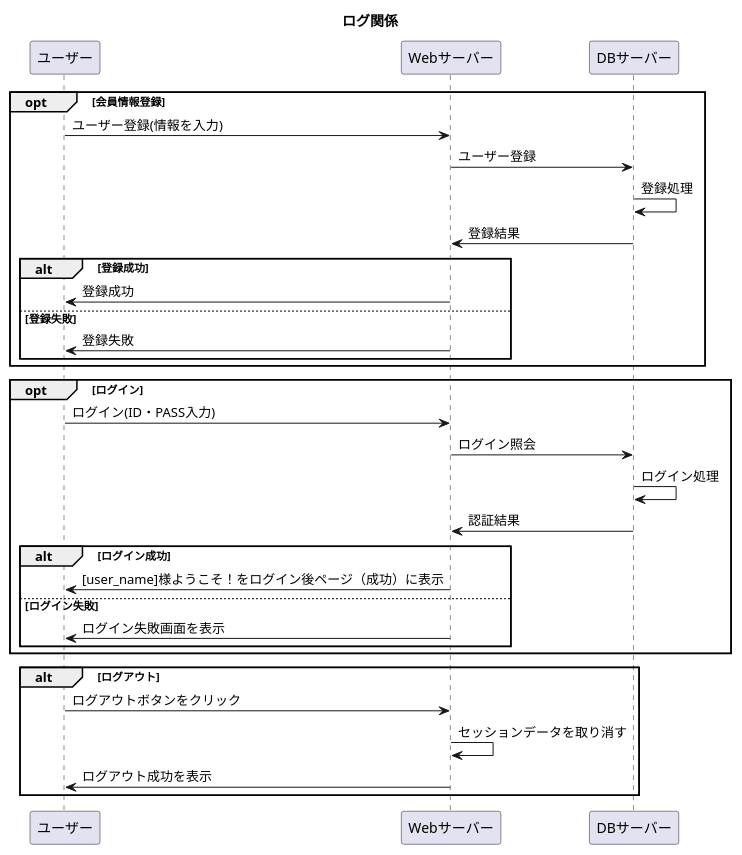
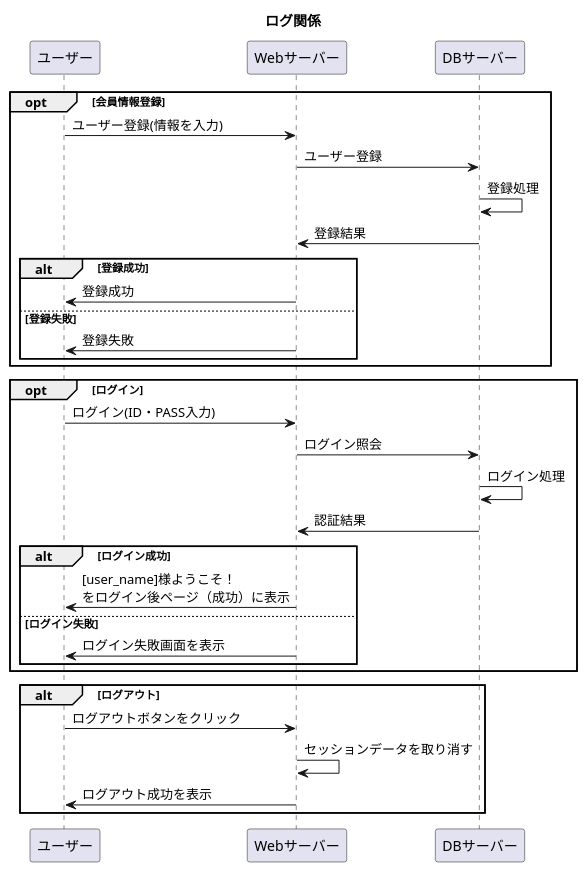
Before and after one commit to Aso2001227/Aso-Sports-1: the diagram in 設計書/02_業務フロー/Log-flow.md, drawn with PlantUML.

````diff
--- a/設計書/02_業務フロー/Log-flow.md
+++ b/設計書/02_業務フロー/Log-flow.md
@@ -1,32 +1,32 @@
 ```uml
 @startuml
 title: ログ関係
 opt 会員情報登録
   ユーザー -> Webサーバー : ユーザー登録(情報を入力)
   Webサーバー -> DBサーバー : ユーザー登録
   DBサーバー -> DBサーバー : 登録処理
   DBサーバー -> Webサーバー : 登録結果
   alt 登録成功
     Webサーバー -> ユーザー : 登録成功
     else 登録失敗
     Webサーバー -> ユーザー : 登録失敗
   end
   end
   opt ログイン
       ユーザー -> Webサーバー : ログイン(ID・PASS入力)
       Webサーバー -> DBサーバー : ログイン照会
       DBサーバー -> DBサーバー : ログイン処理
       DBサーバー -> Webサーバー : 認証結果
       alt ログイン成功
-        Webサーバー -> ユーザー : [user_name]様ようこそ！をログイン後ページ（成功）に表示
+        Webサーバー -> ユーザー : [user_name]様ようこそ！\nをログイン後ページ（成功）に表示
        else ログイン失敗
         Webサーバー -> ユーザー : ログイン失敗画面を表示
       end
       end
     alt ログアウト
       ユーザー ->Webサーバー :ログアウトボタンをクリック
       Webサーバー -> Webサーバー :セッションデータを取り消す
-      Webサーバー -> ユーザー :ログアウト成功を表示
+      Webサーバー -> ユーザー :ログアウト成功を表示 
      end
 @enduml
 ```
````
